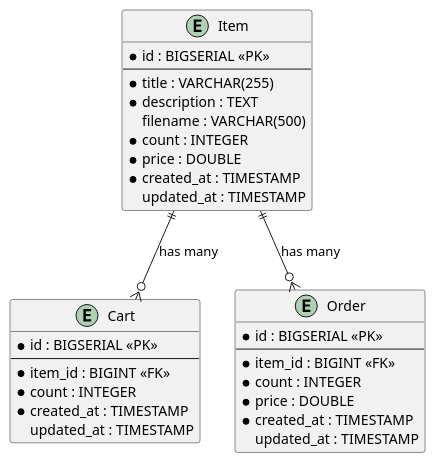
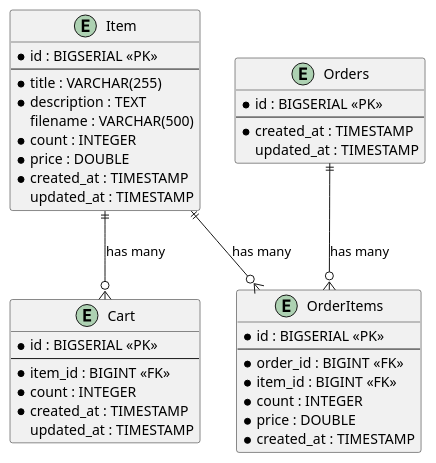
The diagram in src/main/diagrams/er-diagram.puml (ksa-git-01/intershop), drawn with PlantUML before and after one commit.

Commit message:
Add order_items table to ER diagram

```diff
--- a/src/main/diagrams/er-diagram.puml
+++ b/src/main/diagrams/er-diagram.puml
@@ -1,37 +1,45 @@
 @startuml
 entity Item {
   * id : BIGSERIAL <<PK>>
   --
   * title : VARCHAR(255)
   * description : TEXT
   filename : VARCHAR(500)
   * count : INTEGER
   * price : DOUBLE
   * created_at : TIMESTAMP
   updated_at : TIMESTAMP
 }
 
 entity Cart {
   * id : BIGSERIAL <<PK>>
   --
   * item_id : BIGINT <<FK>>
   * count : INTEGER
   * created_at : TIMESTAMP
   updated_at : TIMESTAMP
 }
 
-entity Order {
+entity Orders {
   * id : BIGSERIAL <<PK>>
   --
+  * created_at : TIMESTAMP
+  updated_at : TIMESTAMP
+}
+
+entity OrderItems {
+  * id : BIGSERIAL <<PK>>
+  --
+  * order_id : BIGINT <<FK>>
   * item_id : BIGINT <<FK>>
   * count : INTEGER
   * price : DOUBLE
   * created_at : TIMESTAMP
-  updated_at : TIMESTAMP
 }
 
 
 Item ||--o{ Cart : "has many"
-Item ||--o{ Order : "has many"
+Item ||--o{ OrderItems : "has many"
+Orders ||--o{ OrderItems : "has many"
 
 @enduml
```
